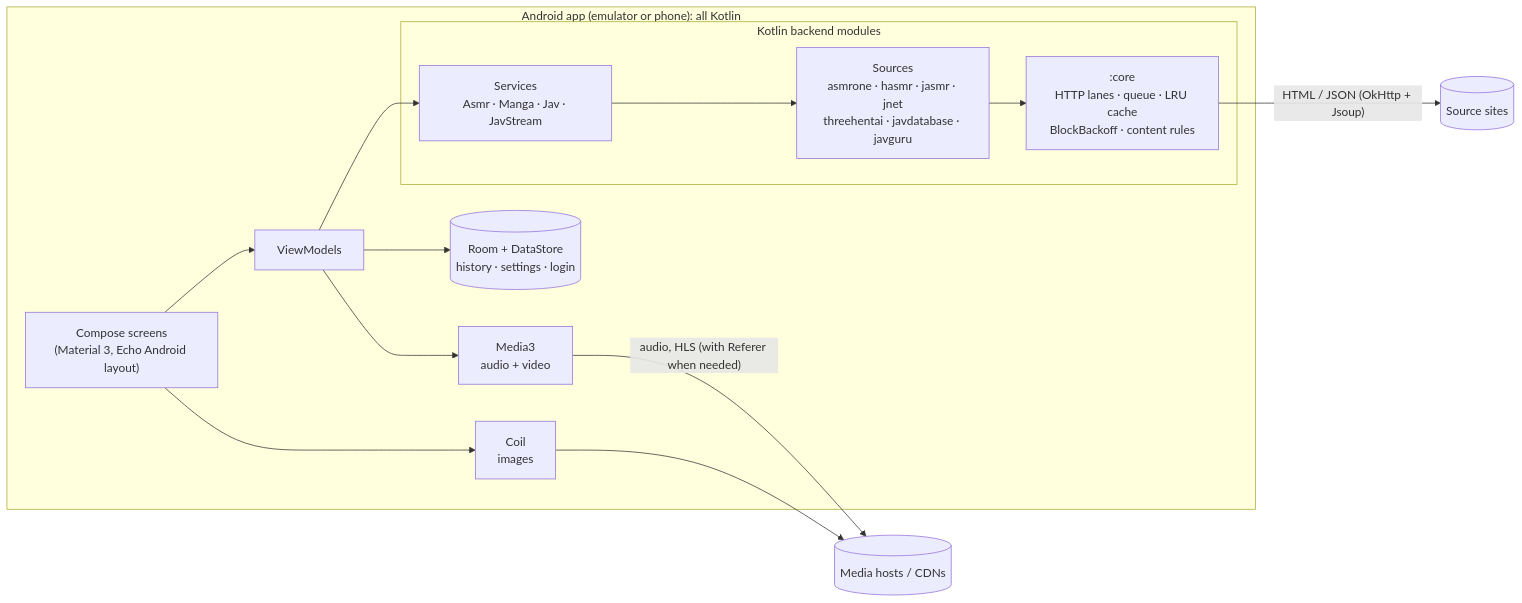
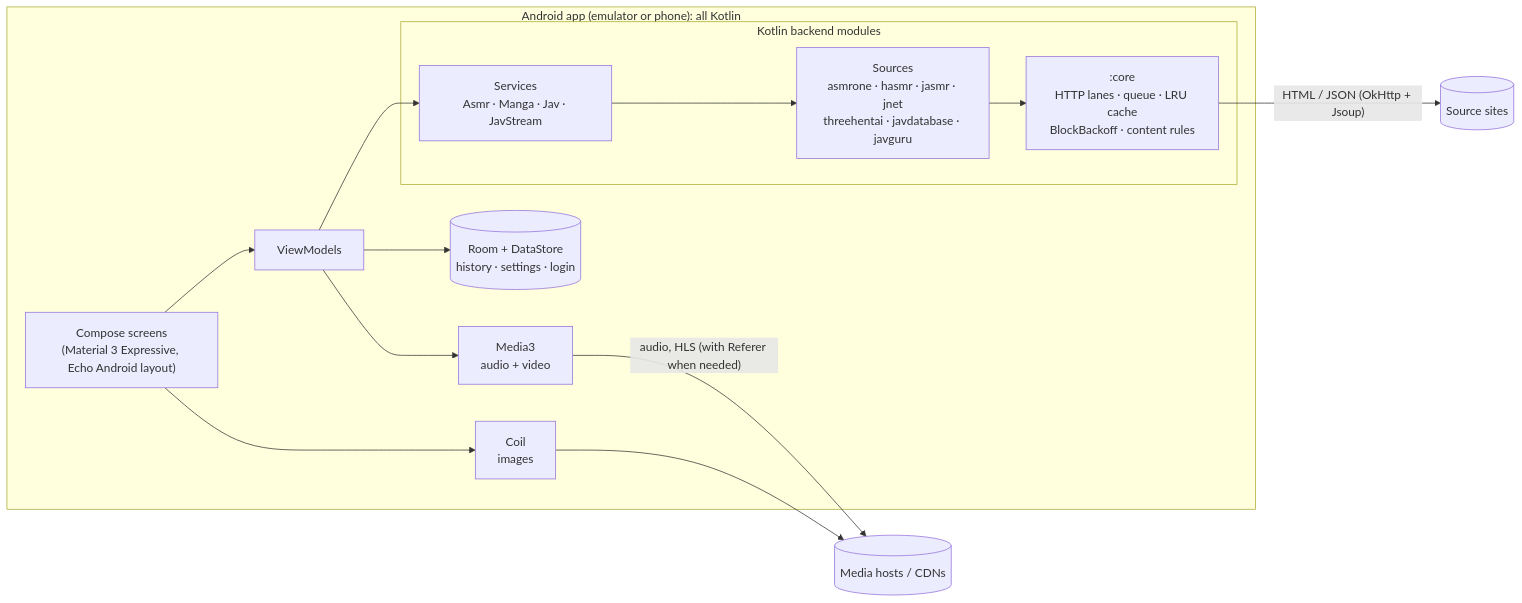
Before and after one commit to PrathameshBelvalkar/web-asmrone: the first of 3 diagrams in docs/ANDROID.md, drawn with Mermaid. The commit also changed other lines of this file, not shown here.

First line of the commit message:
Android plan: Material 3 Expressive from the start, ASMR → Manga → JAV

````diff
--- a/docs/ANDROID.md
+++ b/docs/ANDROID.md
@@ -56,23 +63,23 @@
 ```mermaid
 flowchart LR
   subgraph Phone["Android app (emulator or phone): all Kotlin"]
-    UI["Compose screens<br/>(Material 3, Echo Android layout)"]
+    UI["Compose screens<br/>(Material 3 Expressive, Echo Android layout)"]
     VM["ViewModels"]
     subgraph Backend["Kotlin backend modules"]
       SVC["Services<br/>Asmr · Manga · Jav · JavStream"]
       SRC["Sources<br/>asmrone · hasmr · jasmr · jnet<br/>threehentai · javdatabase · javguru"]
       CORE[":core<br/>HTTP lanes · queue · LRU cache<br/>BlockBackoff · content rules"]
       SVC --> SRC --> CORE
     end
     DB[("Room + DataStore<br/>history · settings · login")]
     P["Media3<br/>audio + video"]
     C["Coil<br/>images"]
     UI --> VM --> SVC
     VM --> DB
     VM --> P
     UI --> C
   end
   CORE -->|"HTML / JSON (OkHttp + Jsoup)"| Sites[("Source sites")]
   P -->|"audio, HLS (with Referer when needed)"| CDN[("Media hosts / CDNs")]
   C --> CDN
 ```
````
